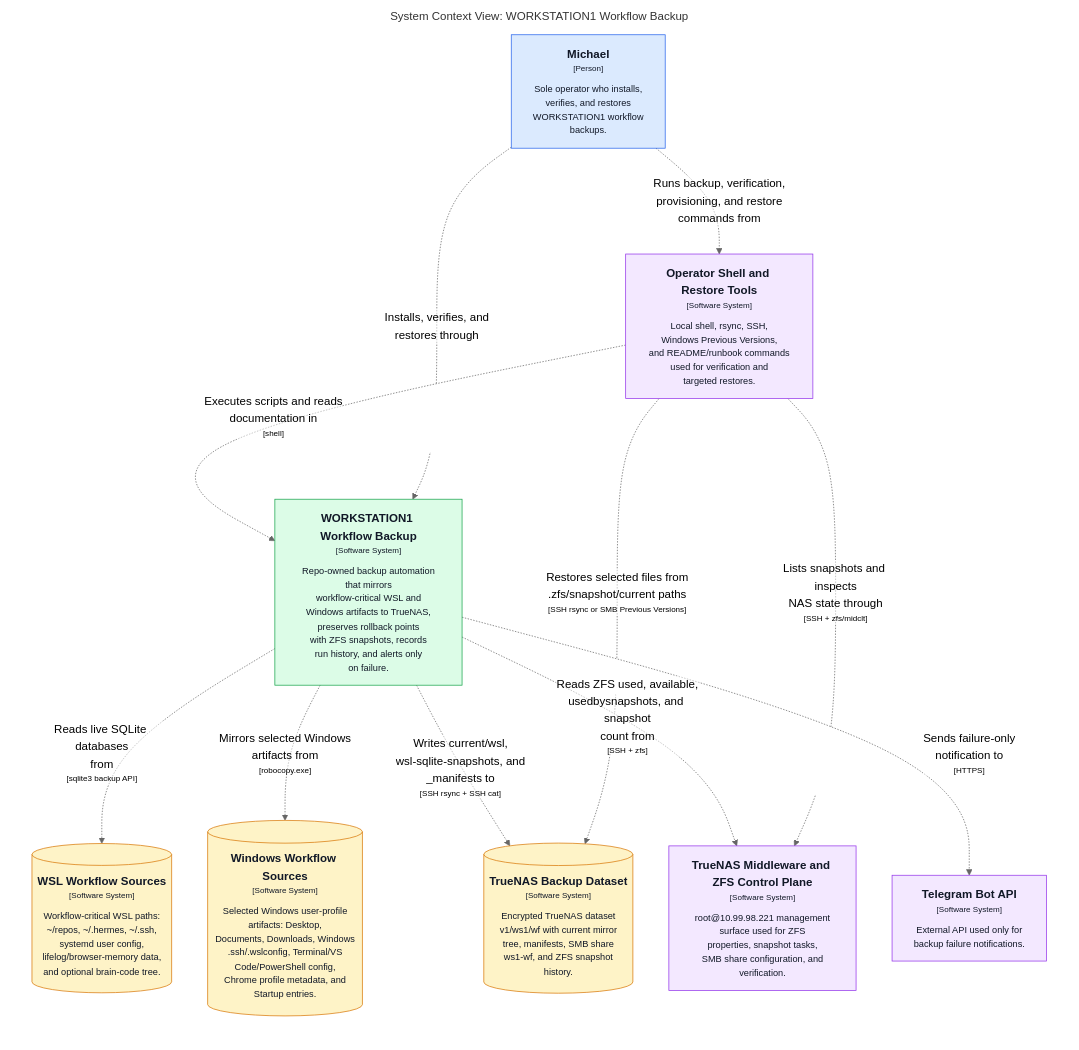
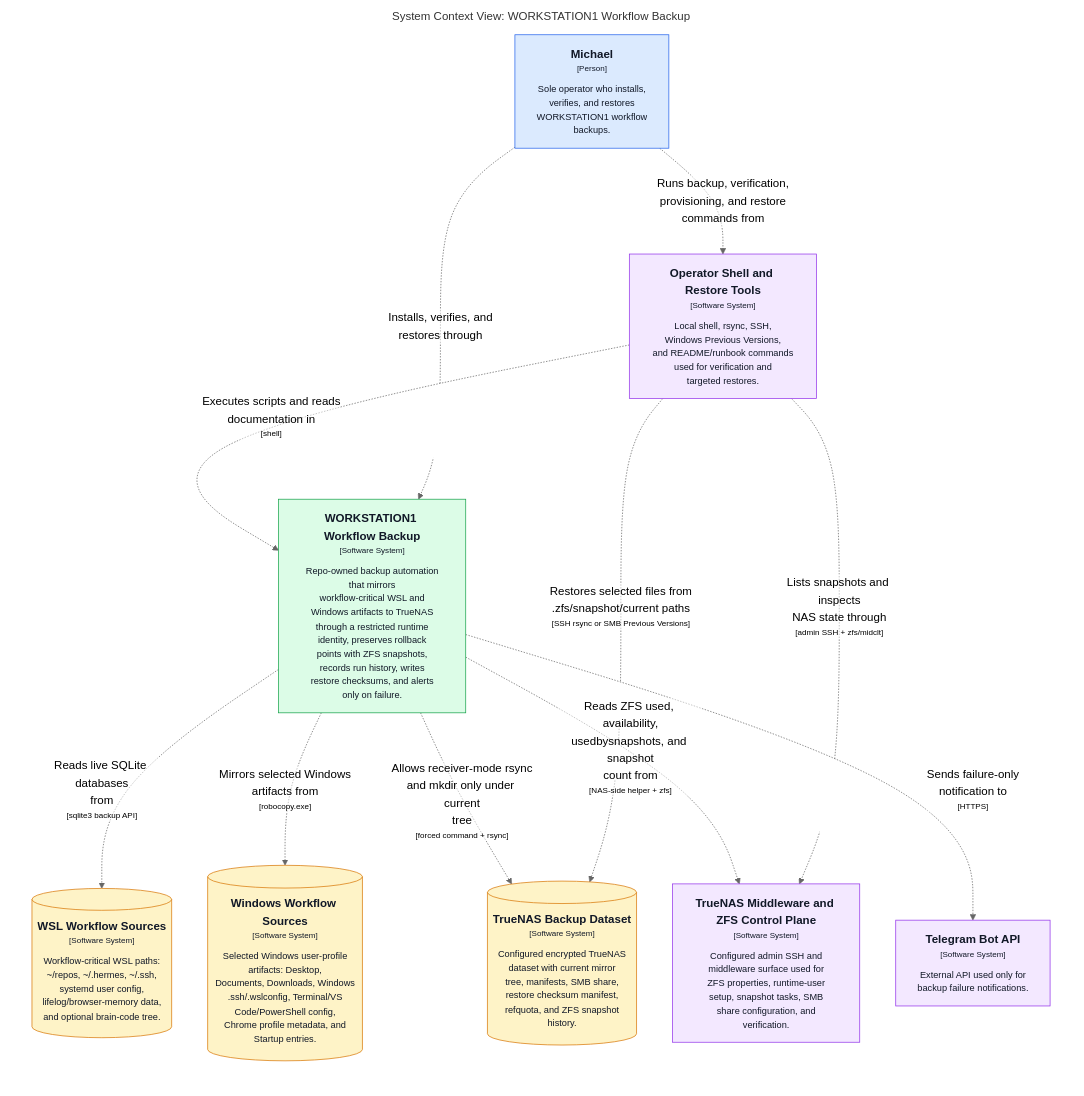
Before and after one commit to michaelnicks0/workstation-workflow-backup: the diagram in docs/architecture/diagrams/markdown/SystemContext.md, drawn with Mermaid (neutral theme). The commit also changed 96 other files, not shown here.

Commit message:
backup: harden NAS runtime access

````diff
--- a/docs/architecture/diagrams/markdown/SystemContext.md
+++ b/docs/architecture/diagrams/markdown/SystemContext.md
@@ -16,37 +16,37 @@
 ```mermaid
 graph LR
   linkStyle default fill:#ffffff
 
   subgraph diagram ["System Context View: WORKSTATION1 Workflow Backup"]
     style diagram fill:#ffffff,stroke:#ffffff
 
     1["<div style='font-weight: bold'>Michael</div><div style='font-size: 70%; margin-top: 0px'>[Person]</div><div style='font-size: 80%; margin-top:10px'>Sole operator who installs,<br />verifies, and restores<br />WORKSTATION1 workflow<br />backups.</div>"]
     style 1 fill:#dbeafe,stroke:#2563eb,color:#111827
-    2["<div style='font-weight: bold'>WORKSTATION1 Workflow Backup</div><div style='font-size: 70%; margin-top: 0px'>[Software System]</div><div style='font-size: 80%; margin-top:10px'>Repo-owned backup automation<br />that mirrors<br />workflow-critical WSL and<br />Windows artifacts to TrueNAS,<br />preserves rollback points<br />with ZFS snapshots, records<br />run history, and alerts only<br />on failure.</div>"]
+    2["<div style='font-weight: bold'>WORKSTATION1 Workflow Backup</div><div style='font-size: 70%; margin-top: 0px'>[Software System]</div><div style='font-size: 80%; margin-top:10px'>Repo-owned backup automation<br />that mirrors<br />workflow-critical WSL and<br />Windows artifacts to TrueNAS<br />through a restricted runtime<br />identity, preserves rollback<br />points with ZFS snapshots,<br />records run history, writes<br />restore checksums, and alerts<br />only on failure.</div>"]
     style 2 fill:#dcfce7,stroke:#16a34a,color:#111827
-    22[("<div style='font-weight: bold'>WSL Workflow Sources</div><div style='font-size: 70%; margin-top: 0px'>[Software System]</div><div style='font-size: 80%; margin-top:10px'>Workflow-critical WSL paths:<br />~/repos, ~/.hermes, ~/.ssh,<br />systemd user config,<br />lifelog/browser-memory data,<br />and optional brain-code tree.</div>")]
-    style 22 fill:#fef3c7,stroke:#d97706,color:#111827
-    23[("<div style='font-weight: bold'>Windows Workflow Sources</div><div style='font-size: 70%; margin-top: 0px'>[Software System]</div><div style='font-size: 80%; margin-top:10px'>Selected Windows user-profile<br />artifacts: Desktop,<br />Documents, Downloads, Windows<br />.ssh/.wslconfig, Terminal/VS<br />Code/PowerShell config,<br />Chrome profile metadata, and<br />Startup entries.</div>")]
-    style 23 fill:#fef3c7,stroke:#d97706,color:#111827
-    24[("<div style='font-weight: bold'>TrueNAS Backup Dataset</div><div style='font-size: 70%; margin-top: 0px'>[Software System]</div><div style='font-size: 80%; margin-top:10px'>Encrypted TrueNAS dataset<br />v1/ws1/wf with current mirror<br />tree, manifests, SMB share<br />ws1-wf, and ZFS snapshot<br />history.</div>")]
-    style 24 fill:#fef3c7,stroke:#d97706,color:#111827
-    25["<div style='font-weight: bold'>TrueNAS Middleware and ZFS Control Plane</div><div style='font-size: 70%; margin-top: 0px'>[Software System]</div><div style='font-size: 80%; margin-top:10px'>root@10.99.98.221 management<br />surface used for ZFS<br />properties, snapshot tasks,<br />SMB share configuration, and<br />verification.</div>"]
-    style 25 fill:#f3e8ff,stroke:#9333ea,color:#111827
-    27["<div style='font-weight: bold'>Telegram Bot API</div><div style='font-size: 70%; margin-top: 0px'>[Software System]</div><div style='font-size: 80%; margin-top:10px'>External API used only for<br />backup failure notifications.</div>"]
-    style 27 fill:#f3e8ff,stroke:#9333ea,color:#111827
-    28["<div style='font-weight: bold'>Operator Shell and Restore Tools</div><div style='font-size: 70%; margin-top: 0px'>[Software System]</div><div style='font-size: 80%; margin-top:10px'>Local shell, rsync, SSH,<br />Windows Previous Versions,<br />and README/runbook commands<br />used for verification and<br />targeted restores.</div>"]
-    style 28 fill:#f3e8ff,stroke:#9333ea,color:#111827
+    26[("<div style='font-weight: bold'>WSL Workflow Sources</div><div style='font-size: 70%; margin-top: 0px'>[Software System]</div><div style='font-size: 80%; margin-top:10px'>Workflow-critical WSL paths:<br />~/repos, ~/.hermes, ~/.ssh,<br />systemd user config,<br />lifelog/browser-memory data,<br />and optional brain-code tree.</div>")]
+    style 26 fill:#fef3c7,stroke:#d97706,color:#111827
+    27[("<div style='font-weight: bold'>Windows Workflow Sources</div><div style='font-size: 70%; margin-top: 0px'>[Software System]</div><div style='font-size: 80%; margin-top:10px'>Selected Windows user-profile<br />artifacts: Desktop,<br />Documents, Downloads, Windows<br />.ssh/.wslconfig, Terminal/VS<br />Code/PowerShell config,<br />Chrome profile metadata, and<br />Startup entries.</div>")]
+    style 27 fill:#fef3c7,stroke:#d97706,color:#111827
+    28[("<div style='font-weight: bold'>TrueNAS Backup Dataset</div><div style='font-size: 70%; margin-top: 0px'>[Software System]</div><div style='font-size: 80%; margin-top:10px'>Configured encrypted TrueNAS<br />dataset with current mirror<br />tree, manifests, SMB share,<br />restore checksum manifest,<br />refquota, and ZFS snapshot<br />history.</div>")]
+    style 28 fill:#fef3c7,stroke:#d97706,color:#111827
+    29["<div style='font-weight: bold'>TrueNAS Middleware and ZFS Control Plane</div><div style='font-size: 70%; margin-top: 0px'>[Software System]</div><div style='font-size: 80%; margin-top:10px'>Configured admin SSH and<br />middleware surface used for<br />ZFS properties, runtime-user<br />setup, snapshot tasks, SMB<br />share configuration, and<br />verification.</div>"]
+    style 29 fill:#f3e8ff,stroke:#9333ea,color:#111827
+    31["<div style='font-weight: bold'>Telegram Bot API</div><div style='font-size: 70%; margin-top: 0px'>[Software System]</div><div style='font-size: 80%; margin-top:10px'>External API used only for<br />backup failure notifications.</div>"]
+    style 31 fill:#f3e8ff,stroke:#9333ea,color:#111827
+    32["<div style='font-weight: bold'>Operator Shell and Restore Tools</div><div style='font-size: 70%; margin-top: 0px'>[Software System]</div><div style='font-size: 80%; margin-top:10px'>Local shell, rsync, SSH,<br />Windows Previous Versions,<br />and README/runbook commands<br />used for verification and<br />targeted restores.</div>"]
+    style 32 fill:#f3e8ff,stroke:#9333ea,color:#111827
 
     1-. "<div>Installs, verifies, and<br />restores through</div><div style='font-size: 70%'></div>" .->2
-    1-. "<div>Runs backup, verification,<br />provisioning, and restore<br />commands from</div><div style='font-size: 70%'></div>" .->28
-    28-. "<div>Executes scripts and reads<br />documentation in</div><div style='font-size: 70%'>[shell]</div>" .->2
-    28-. "<div>Lists snapshots and inspects<br />NAS state through</div><div style='font-size: 70%'>[SSH + zfs/midclt]</div>" .->25
-    28-. "<div>Restores selected files from<br />.zfs/snapshot/current paths</div><div style='font-size: 70%'>[SSH rsync or SMB Previous Versions]</div>" .->24
-    2-. "<div>Reads ZFS used, available,<br />usedbysnapshots, and snapshot<br />count from</div><div style='font-size: 70%'>[SSH + zfs]</div>" .->25
-    2-. "<div>Reads live SQLite databases<br />from</div><div style='font-size: 70%'>[sqlite3 backup API]</div>" .->22
-    2-. "<div>Writes current/wsl,<br />wsl-sqlite-snapshots, and<br />_manifests to</div><div style='font-size: 70%'>[SSH rsync + SSH cat]</div>" .->24
-    2-. "<div>Mirrors selected Windows<br />artifacts from</div><div style='font-size: 70%'>[robocopy.exe]</div>" .->23
-    2-. "<div>Sends failure-only<br />notification to</div><div style='font-size: 70%'>[HTTPS]</div>" .->27
+    1-. "<div>Runs backup, verification,<br />provisioning, and restore<br />commands from</div><div style='font-size: 70%'></div>" .->32
+    32-. "<div>Executes scripts and reads<br />documentation in</div><div style='font-size: 70%'>[shell]</div>" .->2
+    32-. "<div>Lists snapshots and inspects<br />NAS state through</div><div style='font-size: 70%'>[admin SSH + zfs/midclt]</div>" .->29
+    32-. "<div>Restores selected files from<br />.zfs/snapshot/current paths</div><div style='font-size: 70%'>[SSH rsync or SMB Previous Versions]</div>" .->28
+    2-. "<div>Reads ZFS used, availability,<br />usedbysnapshots, and snapshot<br />count from</div><div style='font-size: 70%'>[NAS-side helper + zfs]</div>" .->29
+    2-. "<div>Reads live SQLite databases<br />from</div><div style='font-size: 70%'>[sqlite3 backup API]</div>" .->26
+    2-. "<div>Allows receiver-mode rsync<br />and mkdir only under current<br />tree</div><div style='font-size: 70%'>[forced command + rsync]</div>" .->28
+    2-. "<div>Mirrors selected Windows<br />artifacts from</div><div style='font-size: 70%'>[robocopy.exe]</div>" .->27
+    2-. "<div>Sends failure-only<br />notification to</div><div style='font-size: 70%'>[HTTPS]</div>" .->31
 
   end
 ```
````
